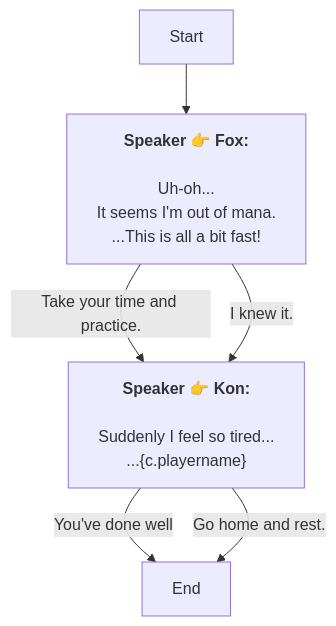
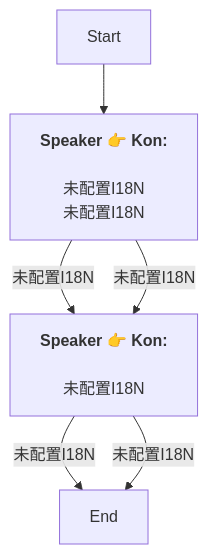
Before and after one commit to SoftHu/tos_avg: the diagram in En/QuestStartTalkENode_1764843102791930.md, drawn with Mermaid. The commit also changed 730 other files, not shown here.

````diff
--- a/En/QuestStartTalkENode_1764843102791930.md
+++ b/En/QuestStartTalkENode_1764843102791930.md
@@ -1,15 +1,12 @@
 ```mermaid
 graph
-Start -->1764843163038974[<b>Speaker 👉 Fox:</b>
-\nUh-oh...
-It seems I'm out of mana.\n...This is all a bit fast!]
-1764843163038974 -->|Take your time and practice.|1764843275170052[<b>Speaker 👉 Kon:</b>
-\nSuddenly I feel so tired...
-...&lbrace;c.playername&rbrace;]
-1764843163038974 -->|I knew it.|1764843275170052[<b>Speaker 👉 Kon:</b>
-\nSuddenly I feel so tired...
-...&lbrace;c.playername&rbrace;]
-1764843275170052 -->|You've done well|1764893393003223[End]
-1764843275170052 -->|Go home and rest.|1764893393003223[End]
+Start -->1764843163038974[<b>Speaker 👉 Kon:</b>
+\n未配置I18N\n未配置I18N]
+1764843163038974 -->|未配置I18N|1764843275170052[<b>Speaker 👉 Kon:</b>
+\n未配置I18N]
+1764843163038974 -->|未配置I18N|1764843275170052[<b>Speaker 👉 Kon:</b>
+\n未配置I18N]
+1764843275170052 -->|未配置I18N|1764893393003223[End]
+1764843275170052 -->|未配置I18N|1764893393003223[End]
 
 ```
````
